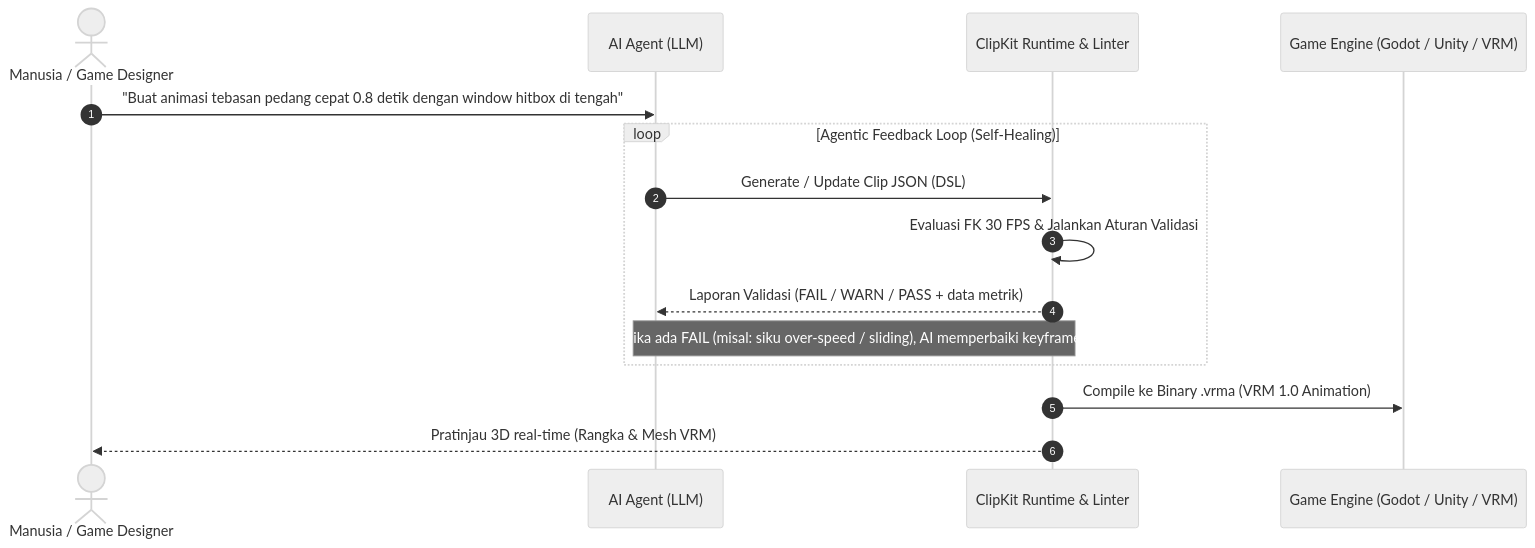
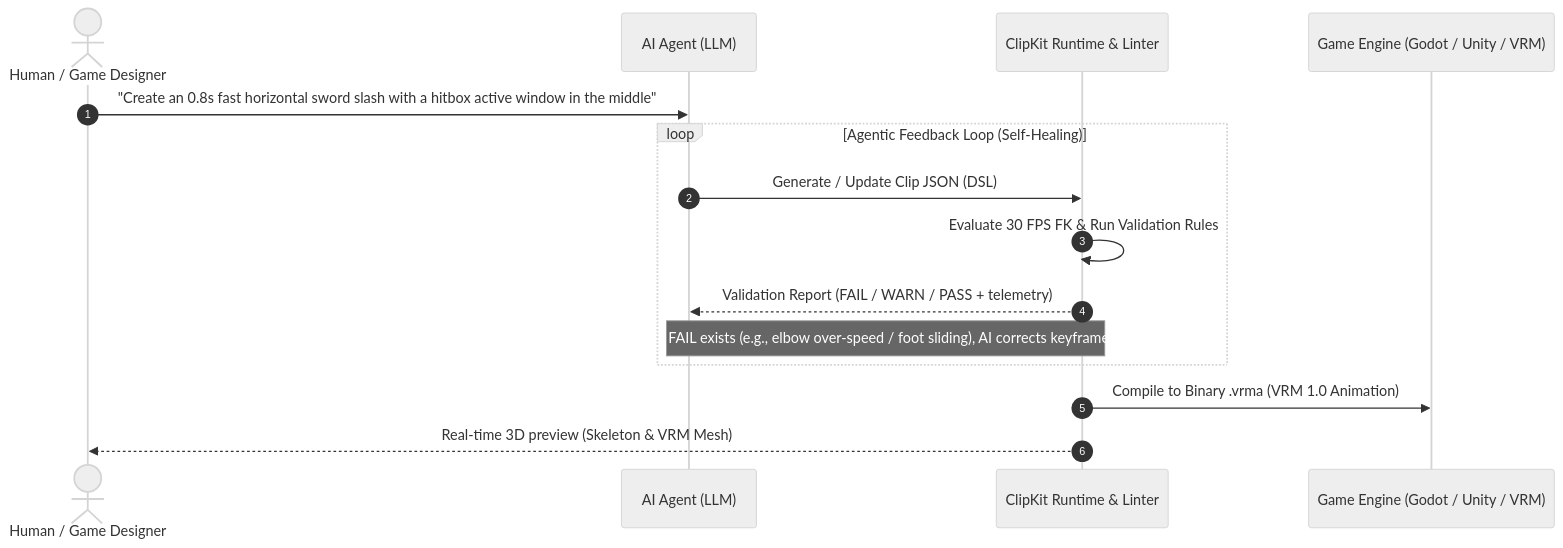
The diagram in README.md (deftorch/clipkit-web), drawn with Mermaid (neutral theme) before and after one commit. The commit also changed other lines of this file, not shown here.

````diff
--- a/README.md
+++ b/README.md
@@ -22,18 +35,18 @@
 ```mermaid
 sequenceDiagram
     autonumber
-    actor User as Manusia / Game Designer
+    actor User as Human / Game Designer
     participant AI as AI Agent (LLM)
     participant CK as ClipKit Runtime & Linter
     participant Engine as Game Engine (Godot / Unity / VRM)
 
-    User->>AI: "Buat animasi tebasan pedang cepat 0.8 detik dengan window hitbox di tengah"
+    User->>AI: "Create an 0.8s fast horizontal sword slash with a hitbox active window in the middle"
     loop Agentic Feedback Loop (Self-Healing)
         AI->>CK: Generate / Update Clip JSON (DSL)
-        CK->>CK: Evaluasi FK 30 FPS & Jalankan Aturan Validasi
-        CK-->>AI: Laporan Validasi (FAIL / WARN / PASS + data metrik)
-        Note over AI,CK: Jika ada FAIL (misal: siku over-speed / sliding), AI memperbaiki keyframe
+        CK->>CK: Evaluate 30 FPS FK & Run Validation Rules
+        CK-->>AI: Validation Report (FAIL / WARN / PASS + telemetry)
+        Note over AI,CK: If FAIL exists (e.g., elbow over-speed / foot sliding), AI corrects keyframes
     end
-    CK->>Engine: Compile ke Binary .vrma (VRM 1.0 Animation)
-    CK-->>User: Pratinjau 3D real-time (Rangka & Mesh VRM)
+    CK->>Engine: Compile to Binary .vrma (VRM 1.0 Animation)
+    CK-->>User: Real-time 3D preview (Skeleton & VRM Mesh)
 ```
````
